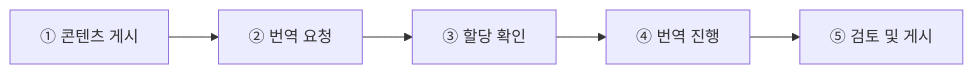
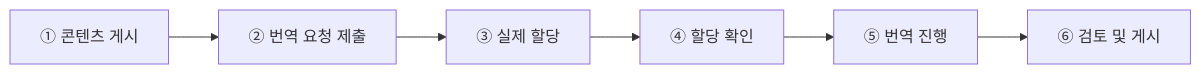
Before and after one commit to sknkwoxs/manual-book: the second of 2 diagrams in src/content/docs/gced/manual/06-translation/index.md, drawn with Mermaid. The commit also changed other lines of this file and 2 other files, not shown here.

````diff
--- a/src/content/docs/gced/manual/06-translation/index.md
+++ b/src/content/docs/gced/manual/06-translation/index.md
@@ -134,7 +169,8 @@
 ```mermaid
 flowchart LR
-    A[① 콘텐츠 게시] --> B[② 번역 요청]
-    B --> C[③ 할당 확인]
-    C --> D[④ 번역 진행]
-    D --> E[⑤ 검토 및 게시]
+    A[① 콘텐츠 게시] --> B[② 번역 요청 제출]
+    B --> C[③ 실제 할당]
+    C --> D[④ 할당 확인]
+    D --> E[⑤ 번역 진행]
+    E --> F[⑥ 검토 및 게시]
 ```
````
